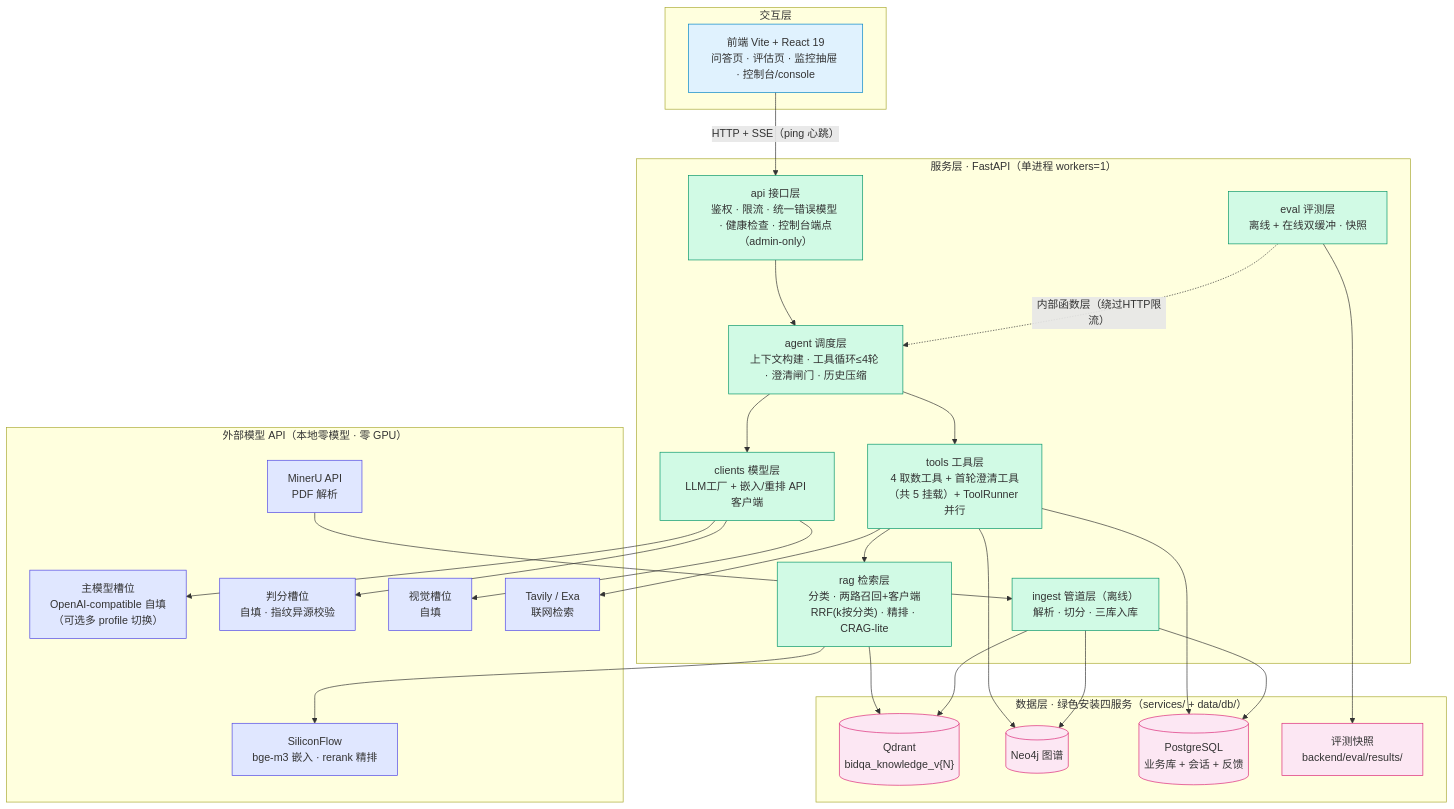
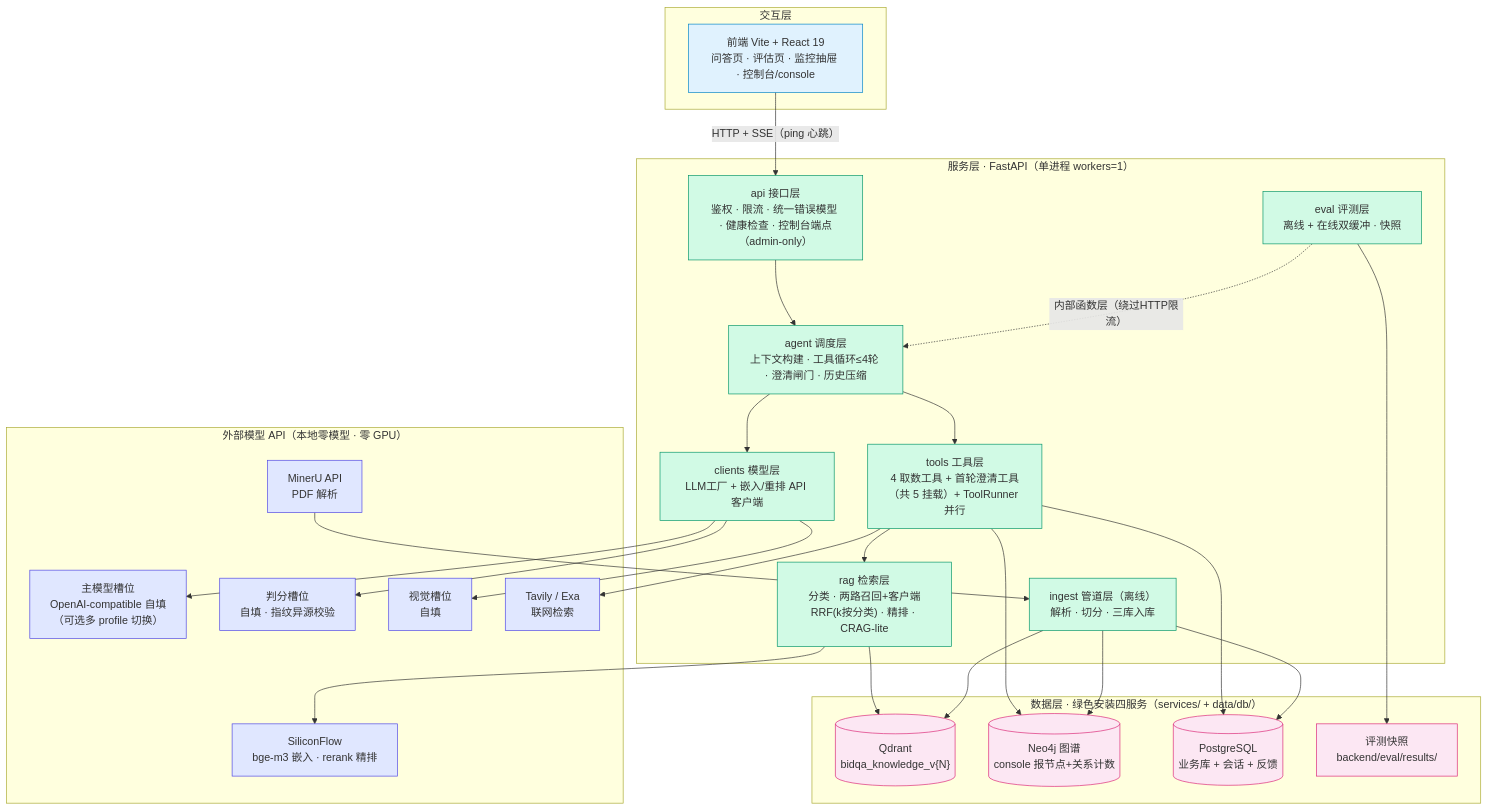
One commit to moonqianqiu/bidding-qa-system changed the first of 4 diagrams in docs/04_项目结构流程图.md. Above: the diagram before and after it, drawn with Mermaid. The commit also changed other lines of this file and 12 other files, not shown here.

Commit message:
feat(console): 图谱关系计数可见化（Neo4j 5 类边 + KPI 卡 + 契约测试 + 文档同步）

````diff
--- a/docs/04_项目结构流程图.md
+++ b/docs/04_项目结构流程图.md
@@ -15,61 +15,61 @@
 ```mermaid
 flowchart TB
   subgraph FE["交互层"]
     FE1["前端 Vite + React 19<br/>问答页 · 评估页 · 监控抽屉 · 控制台/console"]
   end
 
   subgraph SVC["服务层 · FastAPI（单进程 workers=1）"]
     API["api 接口层<br/>鉴权 · 限流 · 统一错误模型 · 健康检查 · 控制台端点（admin-only）"]
     AG["agent 调度层<br/>上下文构建 · 工具循环≤4轮 · 澄清闸门 · 历史压缩"]
     TL["tools 工具层<br/>4 取数工具 + 首轮澄清工具（共 5 挂载）+ ToolRunner 并行"]
     RAG["rag 检索层<br/>分类 · 两路召回+客户端RRF(k按分类) · 精排 · CRAG-lite"]
     EV["eval 评测层<br/>离线 + 在线双缓冲 · 快照"]
     CL["clients 模型层<br/>LLM工厂 + 嵌入/重排 API 客户端"]
     ING["ingest 管道层（离线）<br/>解析 · 切分 · 三库入库"]
   end
 
   subgraph DATA["数据层 · 绿色安装四服务（services/ + data/db/）"]
     QD[("Qdrant<br/>bidqa_knowledge_v{N}")]
-    NEO[("Neo4j 图谱")]
+    NEO[("Neo4j 图谱<br/>console 报节点+关系计数")]
     PG[("PostgreSQL<br/>业务库 + 会话 + 反馈")]
     SN["评测快照<br/>backend/eval/results/"]
   end
 
   subgraph EXT["外部模型 API（本地零模型 · 零 GPU）"]
     DS["主模型槽位<br/>OpenAI-compatible 自填<br/>（可选多 profile 切换）"]
     GLM["判分槽位<br/>自填 · 指纹异源校验"]
     VIS["视觉槽位<br/>自填"]
     SF["SiliconFlow<br/>bge-m3 嵌入 · rerank 精排"]
     MU["MinerU API<br/>PDF 解析"]
     WEB["Tavily / Exa<br/>联网检索"]
   end
 
   FE1 -->|"HTTP + SSE（ping 心跳）"| API
   API --> AG
   AG --> TL
   AG --> CL
   TL --> RAG
   TL --> NEO
   TL --> PG
   TL --> WEB
   RAG --> QD
   RAG --> SF
   CL --> DS
   CL --> GLM
   CL --> VIS
   EV -.->|"内部函数层（绕过HTTP限流）"| AG
   EV --> SN
   ING --> QD
   ING --> NEO
   ING --> PG
   MU --> ING
 
   classDef fe fill:#e0f2fe,stroke:#0284c7;
   classDef svc fill:#d1fae5,stroke:#059669;
   classDef data fill:#fce7f3,stroke:#db2777;
   classDef ext fill:#e0e7ff,stroke:#4f46e5;
   class FE1 fe;
   class API,AG,TL,RAG,EV,CL,ING svc;
   class QD,NEO,PG,SN data;
   class DS,GLM,VIS,SF,MU,WEB ext;
 ```
````
